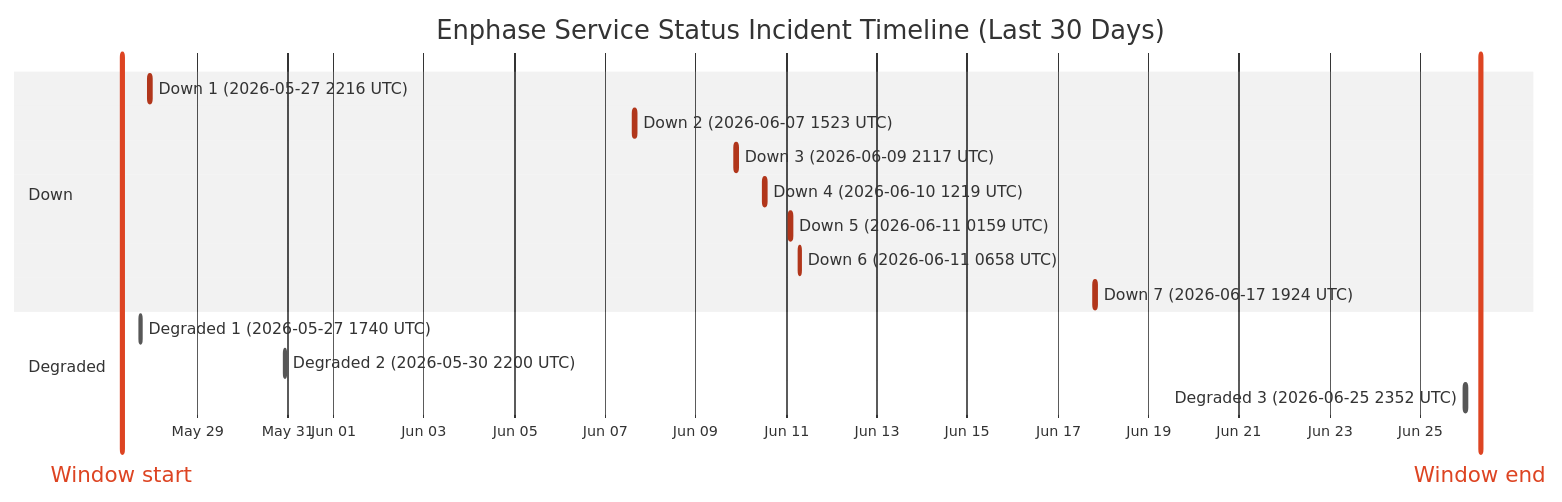
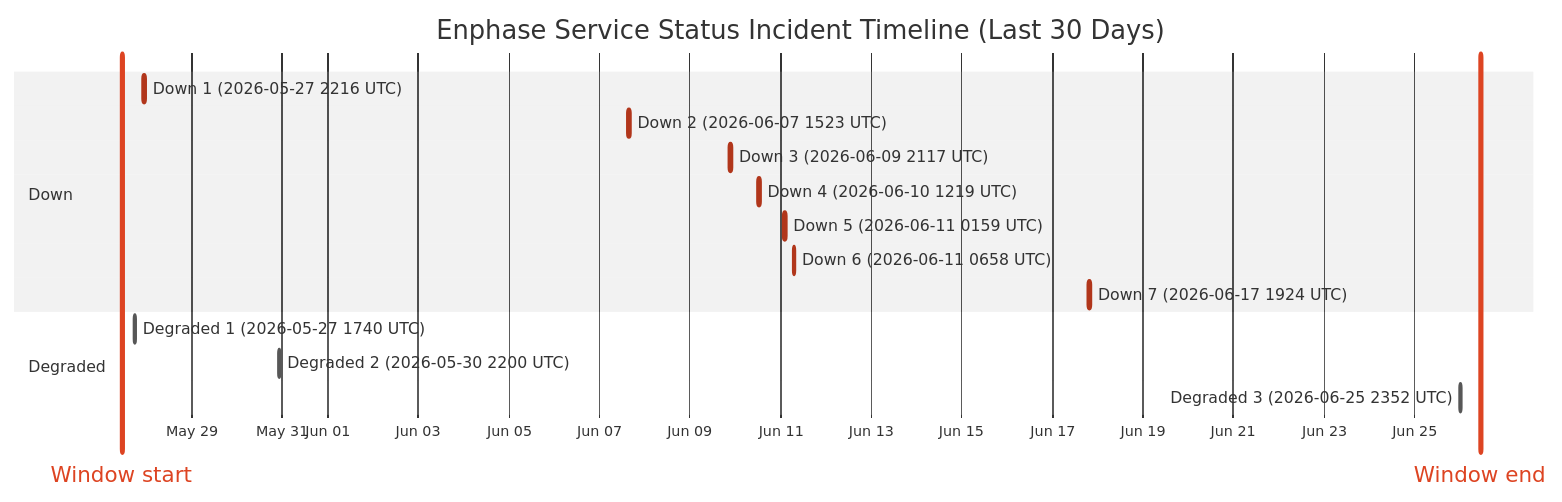
Before and after one commit to barneyonline/ha-enphase-energy: the diagram in wiki/Service-Status-History.md, drawn with Mermaid (neutral theme). The commit also changed other lines of this file and 3 other files, not shown here.

````diff
--- a/wiki/Service-Status-History.md
+++ b/wiki/Service-Status-History.md
@@ -14,20 +14,20 @@
 ```mermaid
 gantt
     title Enphase Service Status Incident Timeline (Last 30 Days)
     dateFormat  YYYY-MM-DDTHH:mm:ss
     axisFormat  %b %d
-    Window start :vert, window-start, 2026-05-27T07:51:09, 0ms
-    Window end :vert, window-end, 2026-06-26T07:51:09, 0ms
+    Window start :vert, window-start, 2026-05-27T10:49:51, 0ms
+    Window end :vert, window-end, 2026-06-26T10:49:51, 0ms
     section Down
     Down 1 (2026-05-27 2216 UTC) :crit, down-1, 2026-05-27T22:16:53, 87m
     Down 2 (2026-06-07 1523 UTC) :crit, down-2, 2026-06-07T15:23:22, 87m
     Down 3 (2026-06-09 2117 UTC) :crit, down-3, 2026-06-09T21:17:17, 60m
     Down 4 (2026-06-10 1219 UTC) :crit, down-4, 2026-06-10T12:19:21, 60m
     Down 5 (2026-06-11 0159 UTC) :crit, down-5, 2026-06-11T01:59:36, 60m
     Down 6 (2026-06-11 0658 UTC) :crit, down-6, 2026-06-11T06:58:45, 60m
     Down 7 (2026-06-17 1924 UTC) :crit, down-7, 2026-06-17T19:24:51, 60m
     section Degraded
     Degraded 1 (2026-05-27 1740 UTC) :active, degraded-1, 2026-05-27T17:40:52, 60m
     Degraded 2 (2026-05-30 2200 UTC) :active, degraded-2, 2026-05-30T22:00:37, 60m
     Degraded 3 (2026-06-25 2352 UTC) :active, degraded-3, 2026-06-25T23:52:01, 60m
 ```
````
